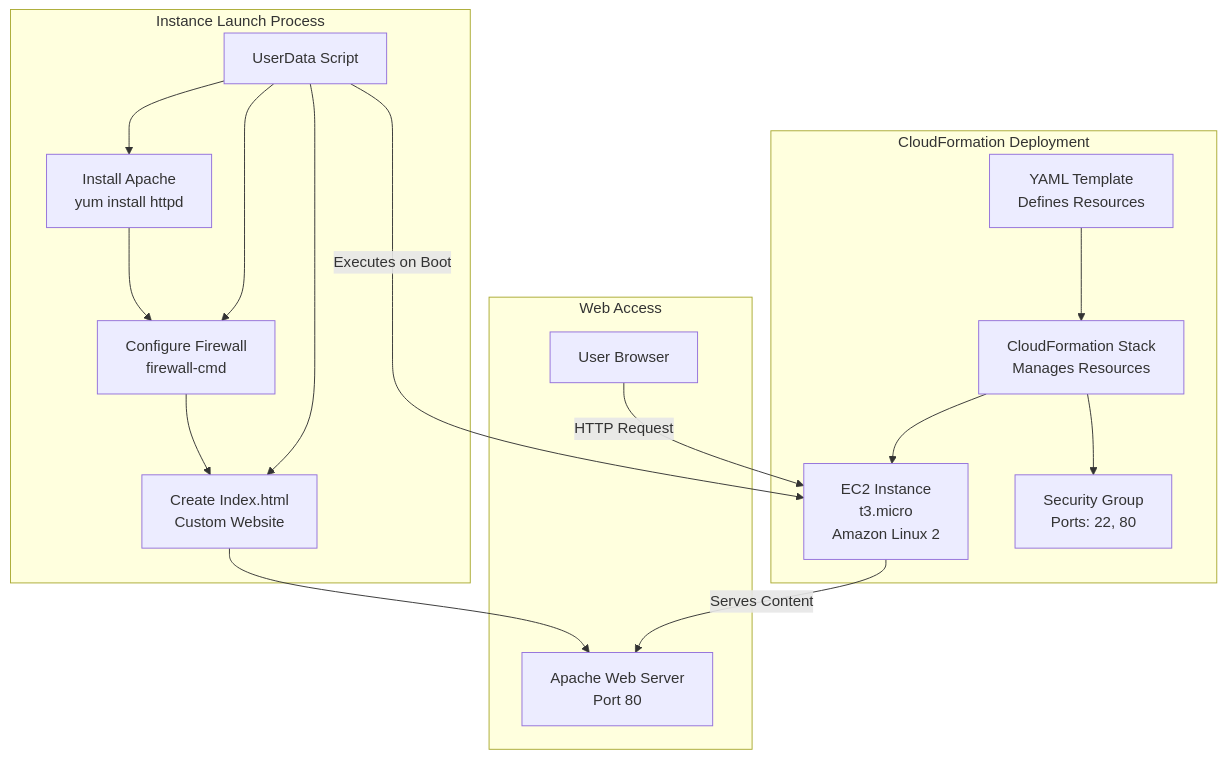
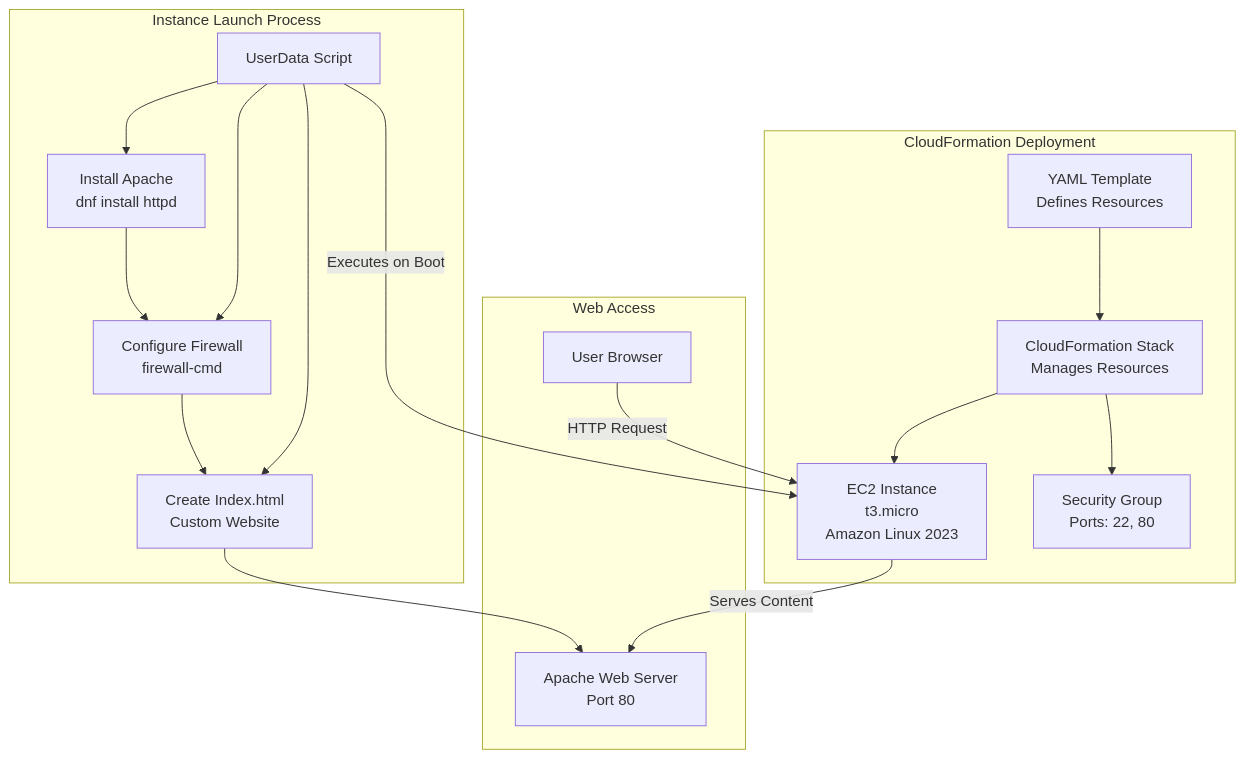
One commit to sujith-eag/sujith-library changed the diagram in docs/dev-cloud/cloud_lab/9_CloudFormation/lab_22.md. Above: the diagram before and after it, drawn with Mermaid. The commit also changed other lines of this file and 30 other files, not shown here.

First line of the commit message:
Enhance documentation with architecture diagrams and clarify steps across multiple labs

````diff
--- a/docs/dev-cloud/cloud_lab/9_CloudFormation/lab_22.md
+++ b/docs/dev-cloud/cloud_lab/9_CloudFormation/lab_22.md
@@ -28,24 +38,24 @@
 ```mermaid
 flowchart TD
     subgraph "CloudFormation Deployment"
         Template[YAML Template<br/>Defines Resources] --> Stack[CloudFormation Stack<br/>Manages Resources]
-        Stack --> EC2[EC2 Instance<br/>t3.micro<br/>Amazon Linux 2]
+        Stack --> EC2[EC2 Instance<br/>t3.micro<br/>Amazon Linux 2023]
         Stack --> SG[Security Group<br/>Ports: 22, 80]
     end
     
     subgraph "Instance Launch Process"
         UserData[UserData Script] -->|Executes on Boot| EC2
-        UserData --> Install[Install Apache<br/>yum install httpd]
+        UserData --> Install[Install Apache<br/>dnf install httpd]
         UserData --> Config[Configure Firewall<br/>firewall-cmd]
         UserData --> Content[Create Index.html<br/>Custom Website]
     end
     
     subgraph "Web Access"
         Browser[User Browser] -->|HTTP Request| EC2
         EC2 -->|Serves Content| Website[Apache Web Server<br/>Port 80]
     end
     
     Install --> Config
     Config --> Content
     Content --> Website
 ```
````
